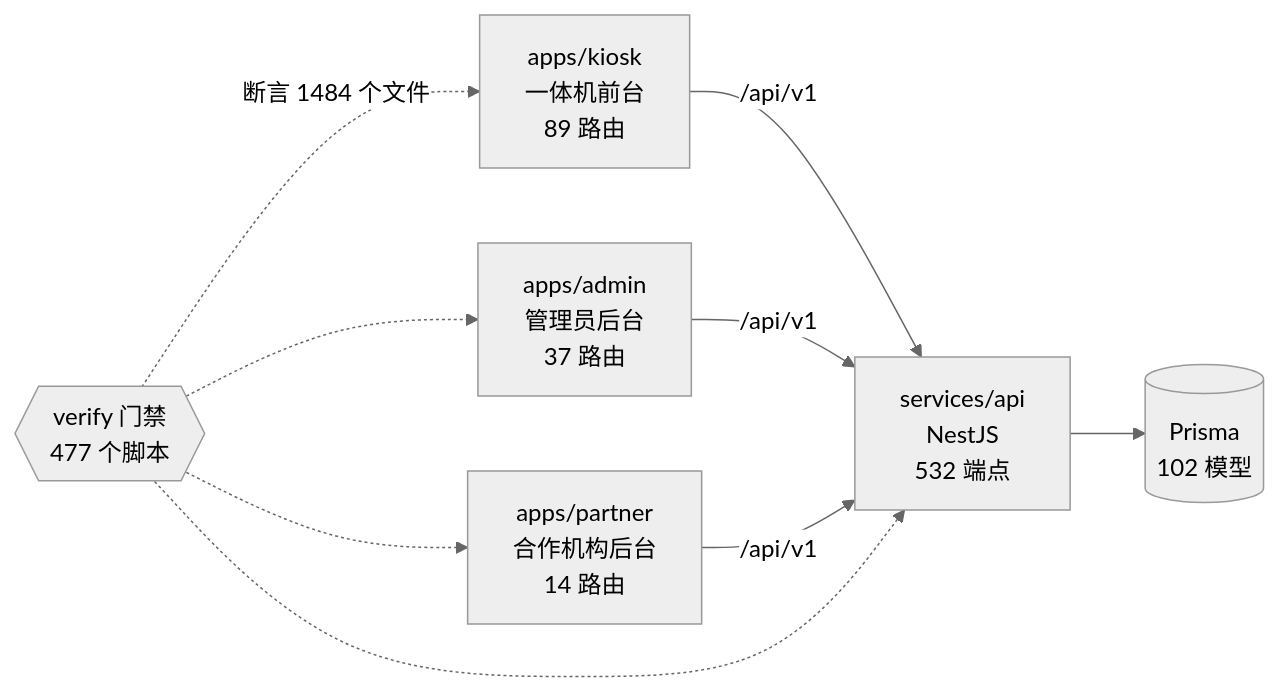
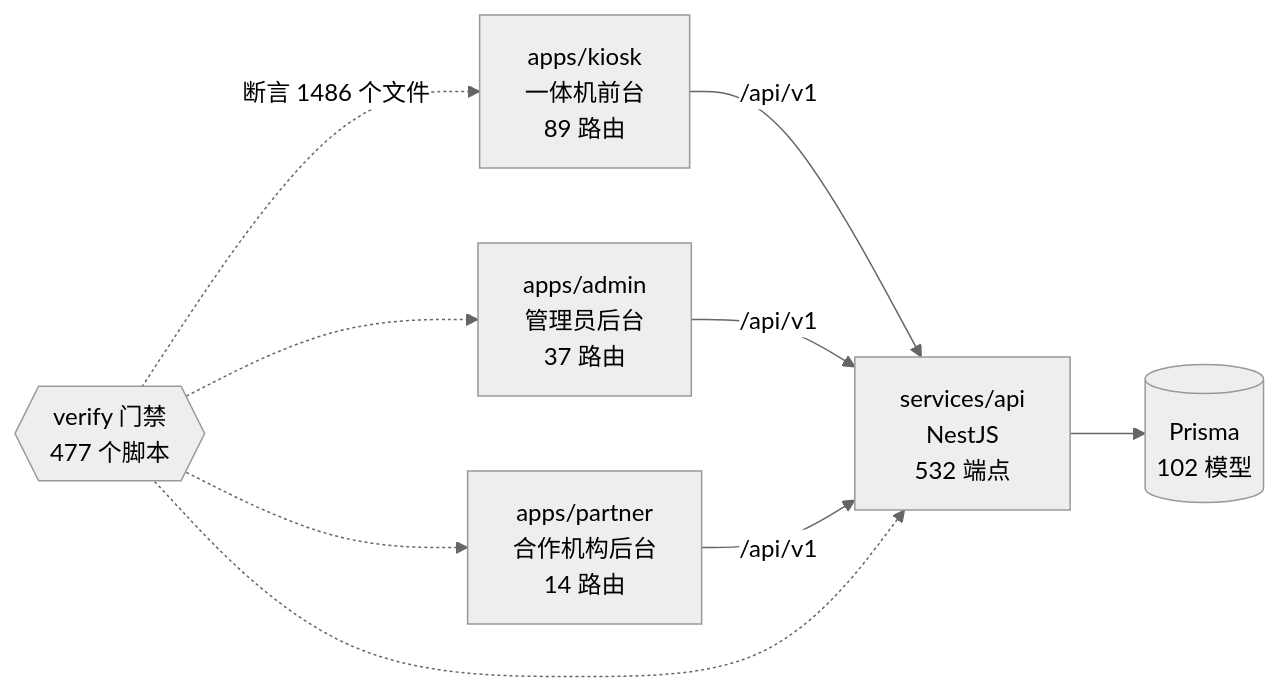
One commit to wanglei581/YITIJI changed the diagram in docs/graph/README.md. Above: the diagram before and after it, drawn with Mermaid (neutral theme). The commit also changed other lines of this file and 6 other files, not shown here.

````diff
--- a/docs/graph/README.md
+++ b/docs/graph/README.md
@@ -68,18 +68,18 @@
 ```mermaid
 flowchart LR
   kiosk["apps/kiosk<br/>一体机前台<br/>89 路由"]
   admin["apps/admin<br/>管理员后台<br/>37 路由"]
   partner["apps/partner<br/>合作机构后台<br/>14 路由"]
   api["services/api<br/>NestJS<br/>532 端点"]
   db[("Prisma<br/>102 模型")]
   gates{{"verify 门禁<br/>477 个脚本"}}
 
   kiosk -->|"/api/v1"| api
   admin -->|"/api/v1"| api
   partner -->|"/api/v1"| api
   api --> db
-  gates -.->|"断言 1484 个文件"| kiosk
+  gates -.->|"断言 1486 个文件"| kiosk
   gates -.-> admin
   gates -.-> partner
   gates -.-> api
 ```
````
